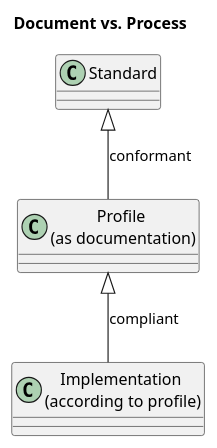
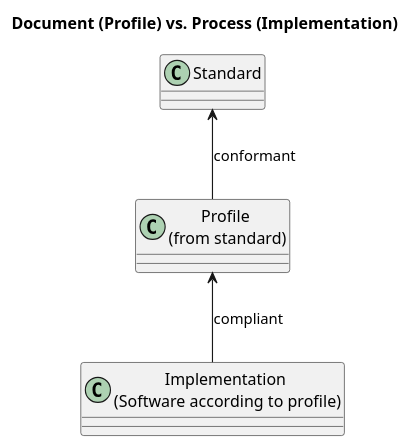
Before and after one commit to hl7-eu/medtechlabel-wp2-im: the diagram in input/images-source/terms2.plantuml, drawn with PlantUML. The commit also changed 5 other files, not shown here.

```diff
--- a/input/images-source/terms2.plantuml
+++ b/input/images-source/terms2.plantuml
@@ -1,14 +1,14 @@
 @startuml
 
 'skinparam svgDimensionStyle false
 
-Title "Document vs. Process"
+Title "Document (Profile) vs. Process (Implementation)"
 
 class "Standard" as s1
-class "Profile \n(as documentation)" as s2
-class "Implementation \n(according to profile)" as s3
+class "Profile \n(from standard)" as s2
+class "Implementation \n(Software according to profile)" as s3
 
-s1 <|-- s2 : conformant
-s2 <|-- s3 : compliant
+s1 <-- s2 : conformant
+s2 <-- s3 : compliant
 
 @enduml
```
